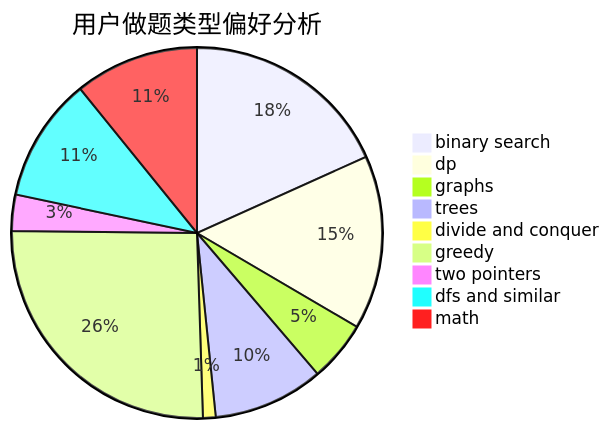
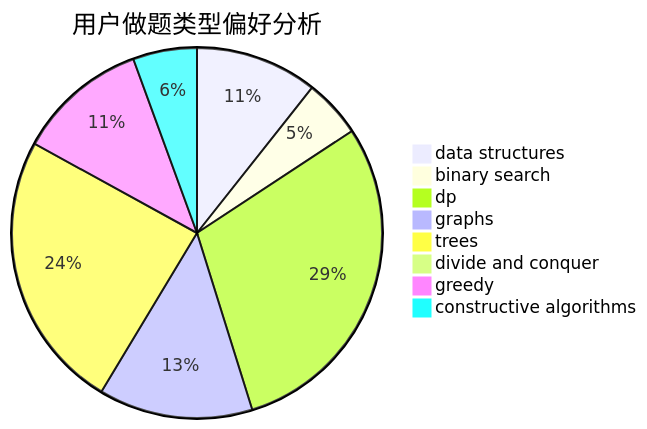
One commit to sherpahu/cfrs.github.io changed the second of 3 diagrams in docs/user/u1020.md. Above: the diagram before and after it, drawn with Mermaid. The commit also changed other lines of this file and 2775 other files, not shown here.

````diff
--- a/docs/user/u1020.md
+++ b/docs/user/u1020.md
@@ -23,12 +23,11 @@
 ```mermaid
 pie title 用户做题类型偏好分析
-    "binary search" :  214
-    "dp" :  178
-    "graphs" :  62
-    "trees" :  113
-    "divide and conquer" :  13
-    "greedy" :  301
-    "two pointers" :  37
-    "dfs and similar" :  127
-    "math" :  127
+    "data structures" :  42
+    "binary search" :  20
+    "dp" :  116
+    "graphs" :  53
+    "trees" :  96
+    "divide and conquer" :  0
+    "greedy" :  45
+    "constructive algorithms" :  22
 ```
````
